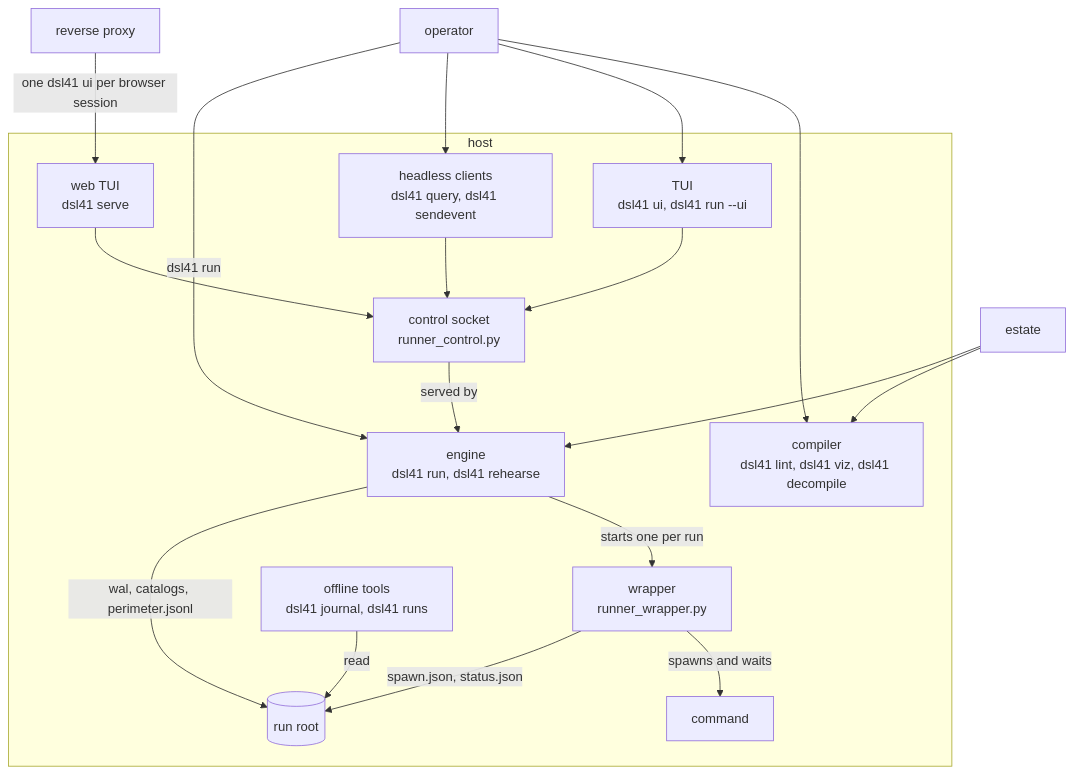
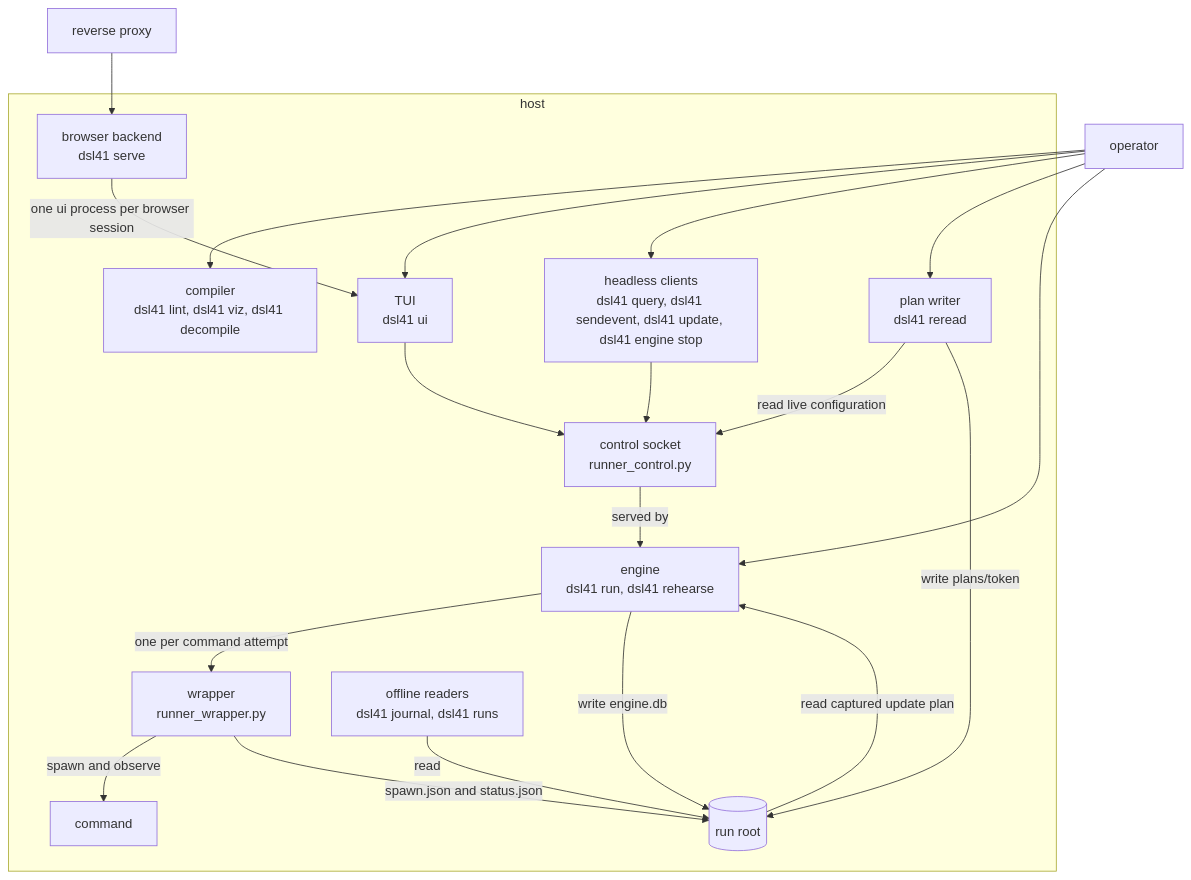
One commit to mrbald/dsl41 changed the second of 4 diagrams in docs/architecture.md. Above: the diagram before and after it, drawn with Mermaid. The commit also changed other lines of this file and 4 other files, not shown here.

````diff
--- a/docs/architecture.md
+++ b/docs/architecture.md
@@ -76,34 +72,36 @@
 ```mermaid
 flowchart TB
   op["operator"]
   px["reverse proxy"]
-  est["estate"]
   subgraph box["host"]
     comp["compiler<br/>dsl41 lint, dsl41 viz, dsl41 decompile"]
     eng["engine<br/>dsl41 run, dsl41 rehearse"]
     sock["control socket<br/>runner_control.py"]
     wr["wrapper<br/>runner_wrapper.py"]
     cmd["command"]
-    tui["TUI<br/>dsl41 ui, dsl41 run --ui"]
-    web["web TUI<br/>dsl41 serve"]
-    cli["headless clients<br/>dsl41 query, dsl41 sendevent"]
-    off["offline tools<br/>dsl41 journal, dsl41 runs"]
+    tui["TUI<br/>dsl41 ui"]
+    web["browser backend<br/>dsl41 serve"]
+    cli["headless clients<br/>dsl41 query, dsl41 sendevent, dsl41 update, dsl41 engine stop"]
+    read["plan writer<br/>dsl41 reread"]
+    off["offline readers<br/>dsl41 journal, dsl41 runs"]
     rr[("run root")]
   end
   op --> comp
   op --> tui
   op --> cli
-  op -->|"dsl41 run"| eng
-  px -->|"one dsl41 ui per browser session"| web
-  est --> comp
-  est --> eng
+  op --> read
+  op --> eng
+  px --> web
+  web -->|"one ui process per browser session"| tui
   tui --> sock
-  web --> sock
   cli --> sock
+  read -->|"read live configuration"| sock
+  read -->|"write plans/token"| rr
   sock -->|"served by"| eng
-  eng -->|"starts one per run"| wr
-  wr -->|"spawns and waits"| cmd
-  eng -->|"wal, catalogs, perimeter.jsonl"| rr
-  wr -->|"spawn.json, status.json"| rr
+  eng -->|"one per command attempt"| wr
+  wr -->|"spawn and observe"| cmd
+  eng -->|"write engine.db"| rr
+  rr -->|"read captured update plan"| eng
+  wr -->|"spawn.json and status.json"| rr
   off -->|"read"| rr
 ```
````
